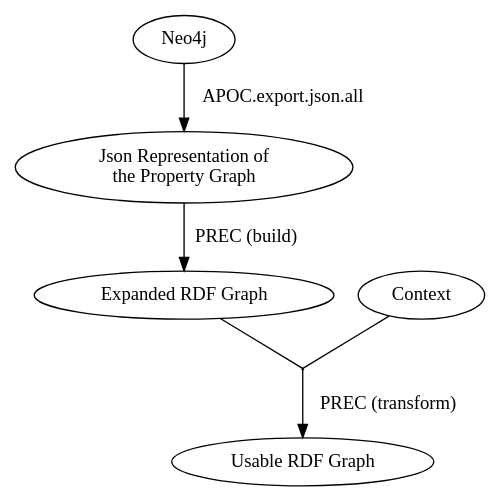
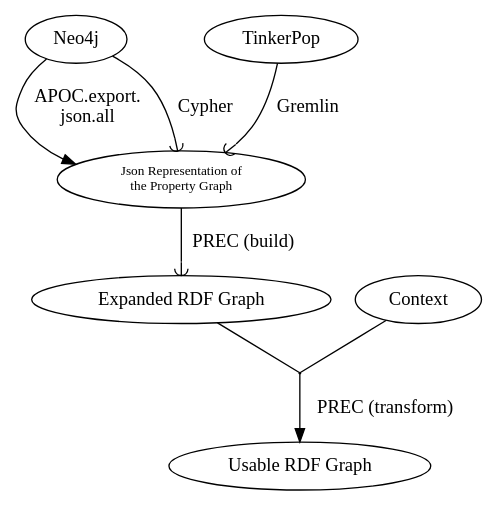
The diagram in doc/general_process.dot (BruJu/PREC), drawn with Graphviz before and after one commit. The commit also changed 2 other files, not shown here.

```diff
--- a/doc/general_process.dot
+++ b/doc/general_process.dot
@@ -1,12 +1,25 @@
 digraph G {
-  Neo4j -> "Json Representation of\nthe Property Graph" [label="APOC.export.json.all"] ;
+    
+    {
+        rank=same;
+        rank=min;
+        Neo4j, TinkerPop
+    }
   
-  "Json Representation of\nthe Property Graph" -> "Expanded RDF Graph" [label="PREC (build)"] ;
+  TinkerPop ->"Json Representation of\nthe Property Graph" [ label="Gremlin", arrowhead="curve" ] 
+  
+  Neo4j -> "Json Representation of\nthe Property Graph" [label="APOC.export.\njson.all"] ;
+  Neo4j -> "Json Representation of\nthe Property Graph" [label="Cypher", arrowhead="curve"] ;
+  
+  
+  "Json Representation of\nthe Property Graph" [fontsize = 10]
+  
+  "Json Representation of\nthe Property Graph" -> "Expanded RDF Graph" [label="PREC (build)", arrowhead="curve"] ;
   
   "Context" -> "blanknode" [dir=none];
   "Expanded RDF Graph" -> "blanknode" [dir=none];
   "blanknode" -> "Usable RDF Graph" [label="PREC (transform)"] ;
   
   
   "blanknode" [shape=diamond,style=filled,label="",height=.0,width=.0] ;
 }
```
